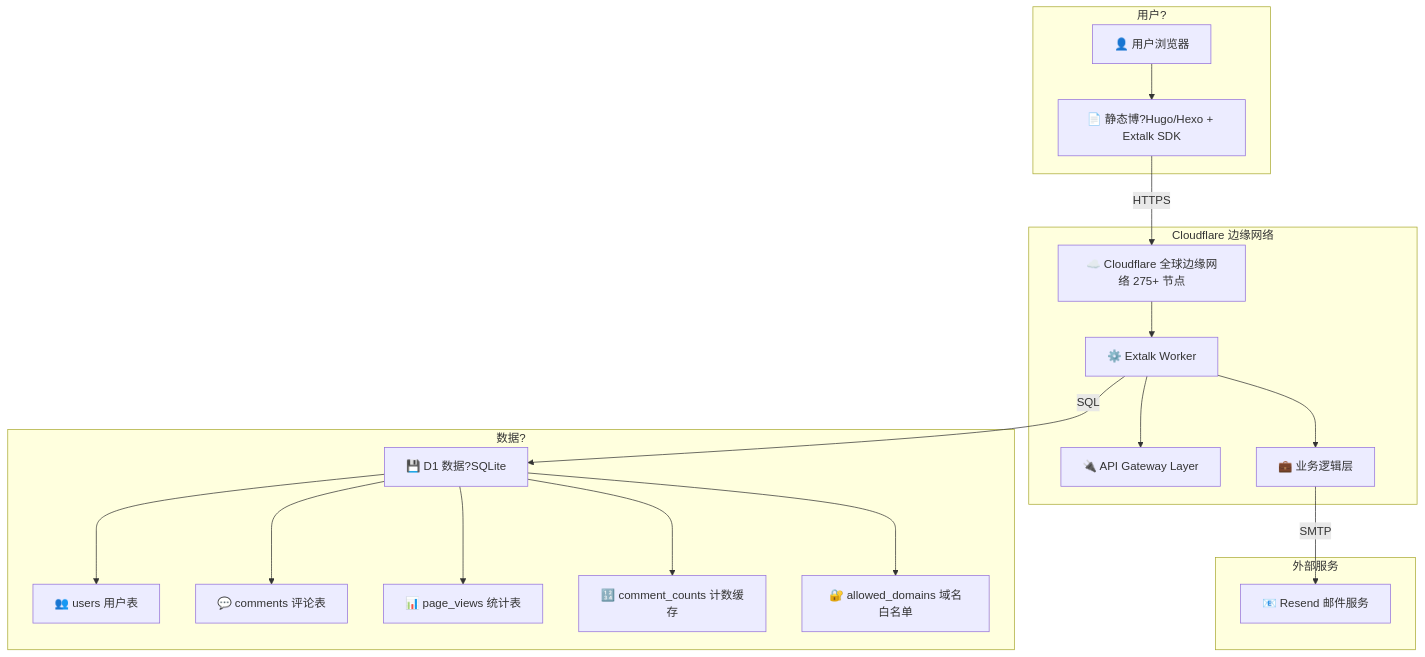
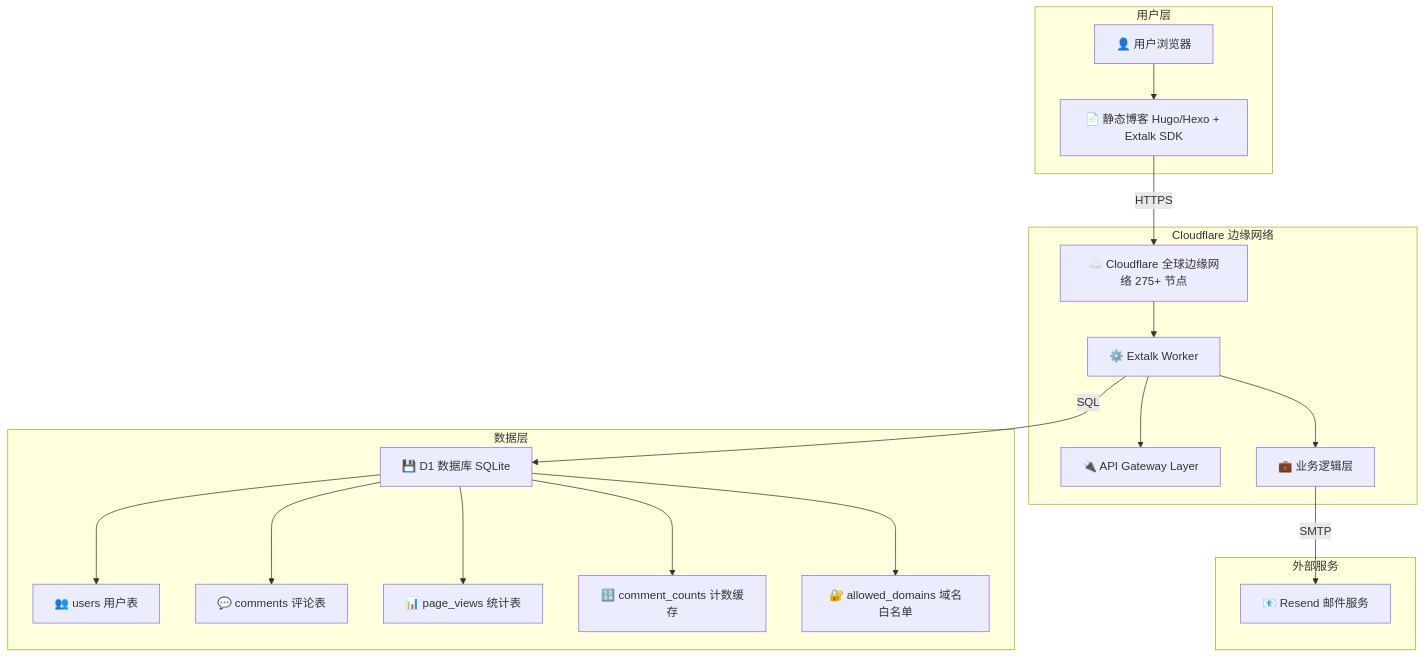
One commit to ImUpXuu/xuhome changed the first of 5 diagrams in src/content/posts/extalk.md. Above: the diagram before and after it, drawn with Mermaid. The commit also changed other lines of this file and 94 other files, not shown here.

````diff
--- a/src/content/posts/extalk.md
+++ b/src/content/posts/extalk.md
@@ -91,54 +90,54 @@
 ```mermaid
 graph TB
     User[👤 用户浏览器]
-    Blog[📄 静态博?Hugo/Hexo + Extalk SDK]
+    Blog[📄 静态博客 Hugo/Hexo + Extalk SDK]
     CF[☁️ Cloudflare 全球边缘网络 275+ 节点]
     Worker[⚙️ Extalk Worker]
     API[🔌 API Gateway Layer]
     Logic[💼 业务逻辑层]
-    D1[💾 D1 数据?SQLite]
+    D1[💾 D1 数据库 SQLite]
     Users[👥 users 用户表]
     Comments[💬 comments 评论表]
     Views[📊 page_views 统计表]
     Counts[🔢 comment_counts 计数缓存]
     Domains[🔐 allowed_domains 域名白名单]
     Resend[📧 Resend 邮件服务]
   
     User --> Blog
     Blog -->|HTTPS| CF
     CF --> Worker
     Worker --> API
     Worker --> Logic
     Worker -->|SQL| D1
     D1 --> Users
     D1 --> Comments
     D1 --> Views
     D1 --> Counts
     D1 --> Domains
     Logic -->|SMTP| Resend
   
-    subgraph 用户?
+    subgraph 用户层
         User
         Blog
     end
   
     subgraph Cloudflare 边缘网络
         CF
         Worker
         API
         Logic
     end
   
-    subgraph 数据?
+    subgraph 数据层
         D1
         Users
         Comments
         Views
         Counts
         Domains
     end
   
     subgraph 外部服务
         Resend
     end
 ```
````
